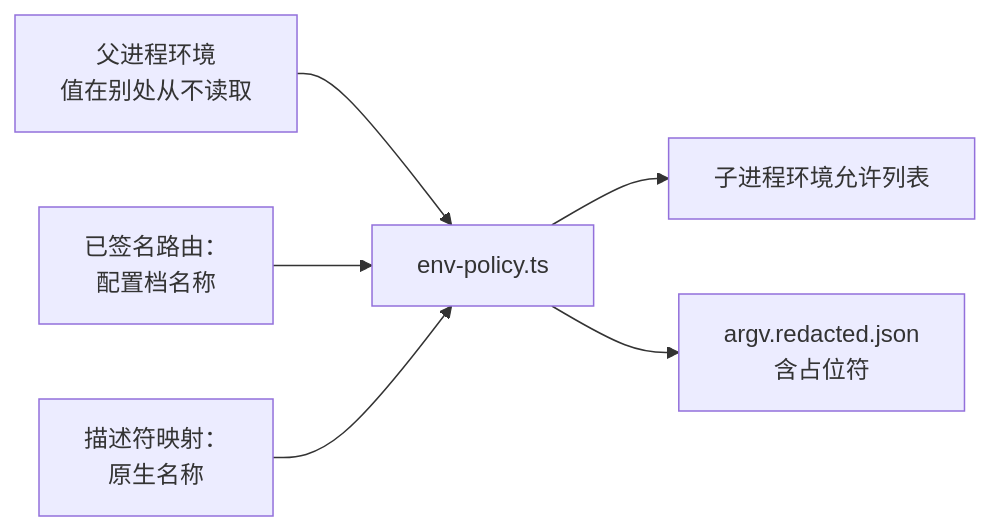
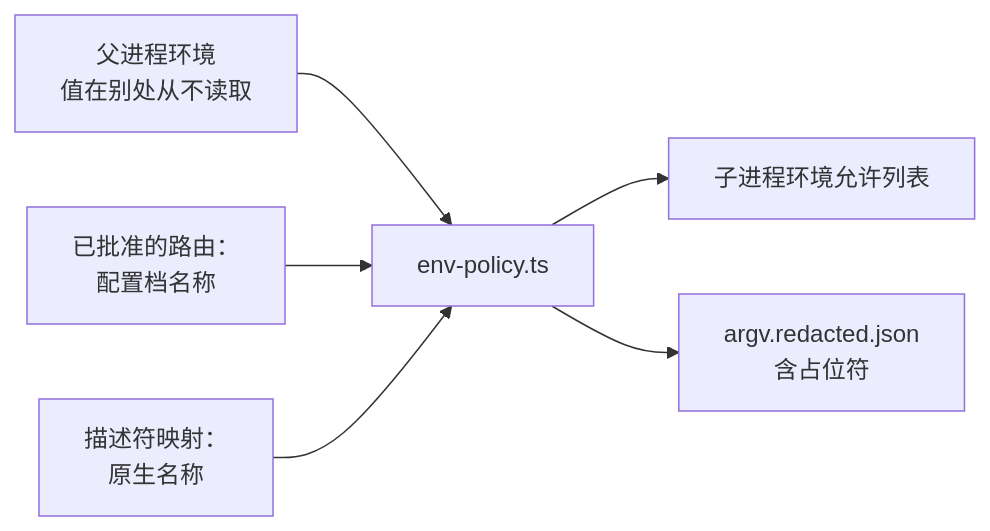
One commit to Qither/keel changed the diagram in docs/10-providers.zh-CN.md. Above: the diagram before and after it, drawn with Mermaid. The commit also changed other lines of this file and 130 other files, not shown here.

````diff
--- a/docs/10-providers.zh-CN.md
+++ b/docs/10-providers.zh-CN.md
@@ -114,8 +114,8 @@
 ```mermaid
 flowchart LR
   P[父进程环境<br/>值在别处从不读取] --> A[env-policy.ts]
-  S[已签名路由：<br/>配置档名称] --> A
+  S[已批准的路由：<br/>配置档名称] --> A
   D[描述符映射：<br/>原生名称] --> A
   A --> C[子进程环境允许列表]
   A --> R[argv.redacted.json<br/>含占位符]
 ```
````
